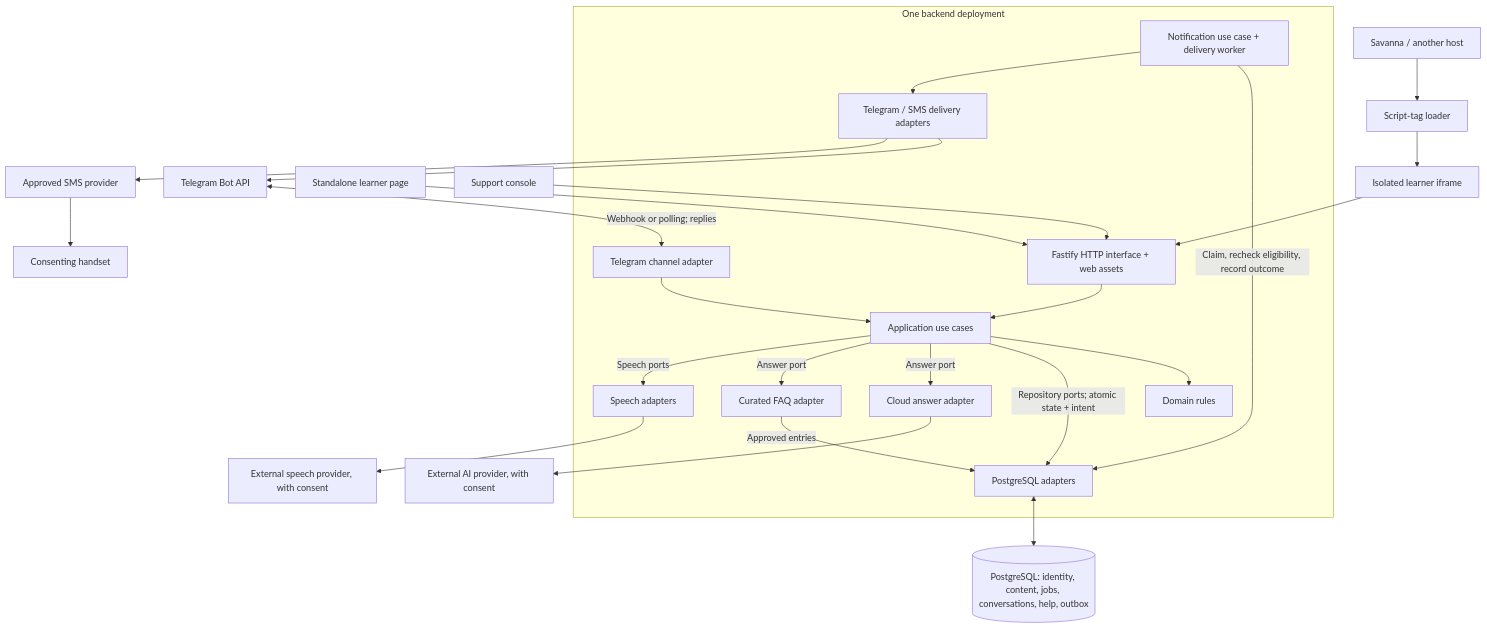
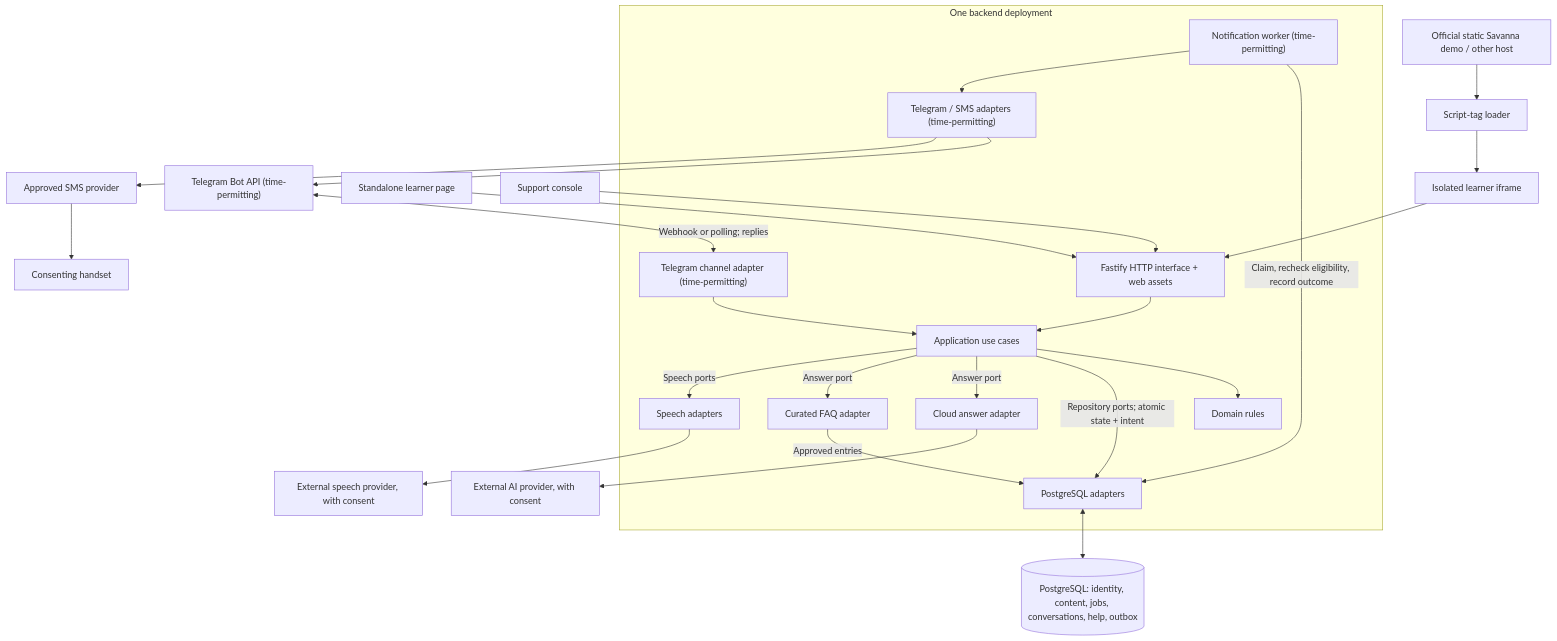
One commit to EyasuGet/Hackaton changed the first of 3 diagrams in docs/architecture.md. Above: the diagram before and after it, drawn with Mermaid. The commit also changed other lines of this file and 11 other files, not shown here.

First line of the commit message:
docs: reconcile Savanna starter and core delivery priorities

````diff
--- a/docs/architecture.md
+++ b/docs/architecture.md
@@ -11,29 +11,29 @@
 ```mermaid
 flowchart TB
-    Host["Savanna / another host"] --> Loader["Script-tag loader"]
+    Host["Official static Savanna demo / other host"] --> Loader["Script-tag loader"]
     Loader --> Frame["Isolated learner iframe"]
     Page["Standalone learner page"] --> HTTP
     Frame --> HTTP
     Staff["Support console"] --> HTTP
-    Telegram["Telegram Bot API"] <-->|"Webhook or polling; replies"| Channel
+    Telegram["Telegram Bot API (time-permitting)"] <-->|"Webhook or polling; replies"| Channel
 
     subgraph Backend["One backend deployment"]
         HTTP["Fastify HTTP interface + web assets"] --> UseCases["Application use cases"]
-        Channel["Telegram channel adapter"] --> UseCases
+        Channel["Telegram channel adapter (time-permitting)"] --> UseCases
         UseCases --> Domain["Domain rules"]
         UseCases -->|"Repository ports; atomic state + intent"| Persistence["PostgreSQL adapters"]
         UseCases -->|"Answer port"| Answer["Cloud answer adapter"]
         UseCases -->|"Answer port"| FAQ["Curated FAQ adapter"]
         UseCases -->|"Speech ports"| Speech["Speech adapters"]
         FAQ -->|"Approved entries"| Persistence
-        Worker["Notification use case + delivery worker"] -->|"Claim, recheck eligibility, record outcome"| Persistence
-        Worker --> Delivery["Telegram / SMS delivery adapters"]
+        Worker["Notification worker (time-permitting)"] -->|"Claim, recheck eligibility, record outcome"| Persistence
+        Worker --> Delivery["Telegram / SMS adapters (time-permitting)"]
     end
 
     Persistence <--> DB[("PostgreSQL: identity, content, jobs, conversations, help, outbox")]
     Answer --> AI["External AI provider, with consent"]
     Speech --> Voice["External speech provider, with consent"]
     Delivery --> Telegram
     Delivery --> SMS["Approved SMS provider"]
     SMS --> Phone["Consenting handset"]
 ```
````
